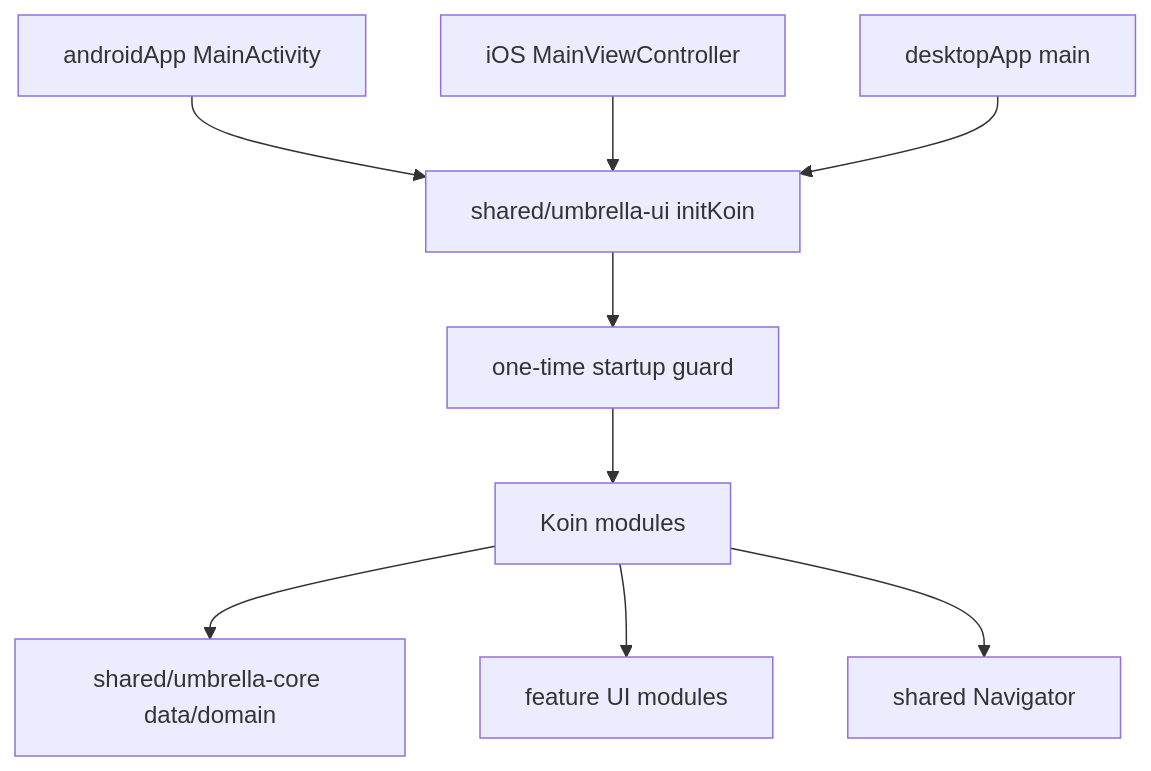
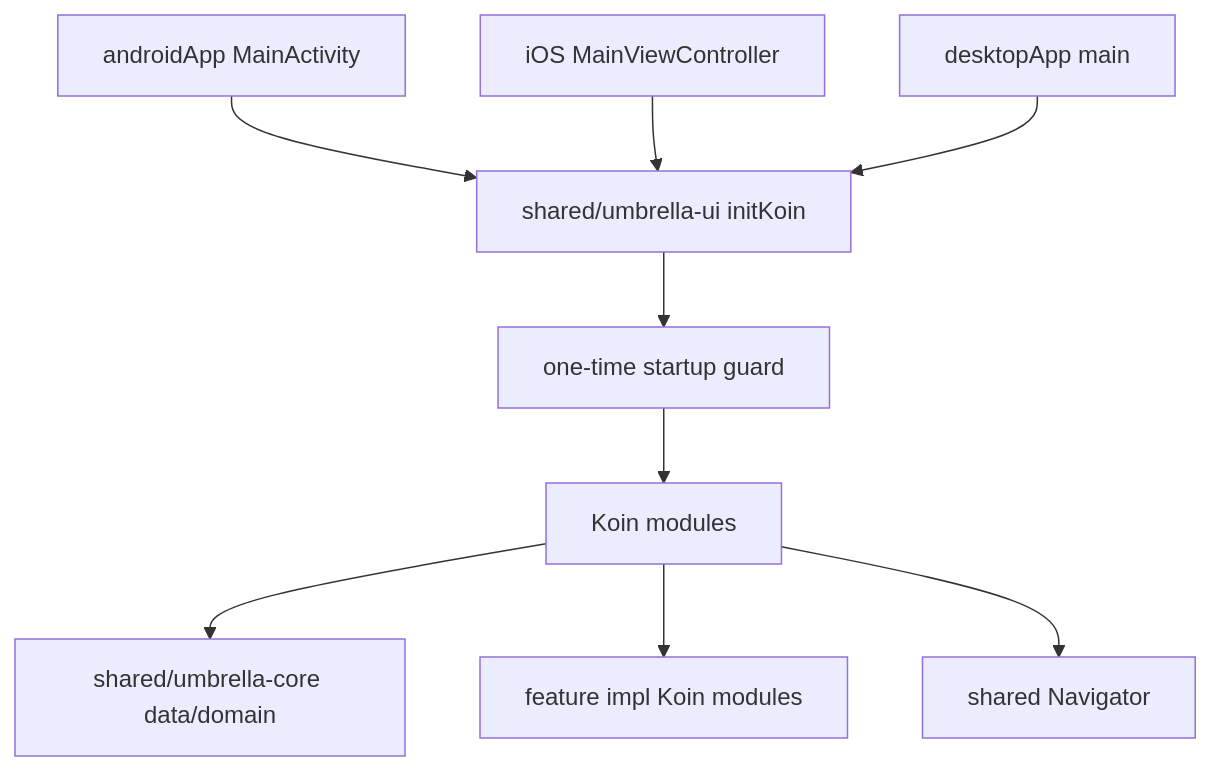
One commit to Helmy2/Dream changed the seventh of 8 diagrams in ONBOARDING.md. Above: the diagram before and after it, drawn with Mermaid. The commit also changed other lines of this file and 12 other files, not shown here.

Commit message:
Propagate api/impl feature module split across all docs and guidance

````diff
--- a/ONBOARDING.md
+++ b/ONBOARDING.md
@@ -191,11 +209,11 @@
 ```mermaid
 flowchart TD
     Android[androidApp MainActivity] --> Init[shared/umbrella-ui initKoin]
     IOS[iOS MainViewController] --> Init
     Desktop[desktopApp main] --> Init
     Init --> Guard[one-time startup guard]
     Guard --> Modules[Koin modules]
     Modules --> Core[shared/umbrella-core data/domain]
-    Modules --> UI[feature UI modules]
+    Modules --> UI[feature impl Koin modules]
     Modules --> Navigator[shared Navigator]
 ```
````
